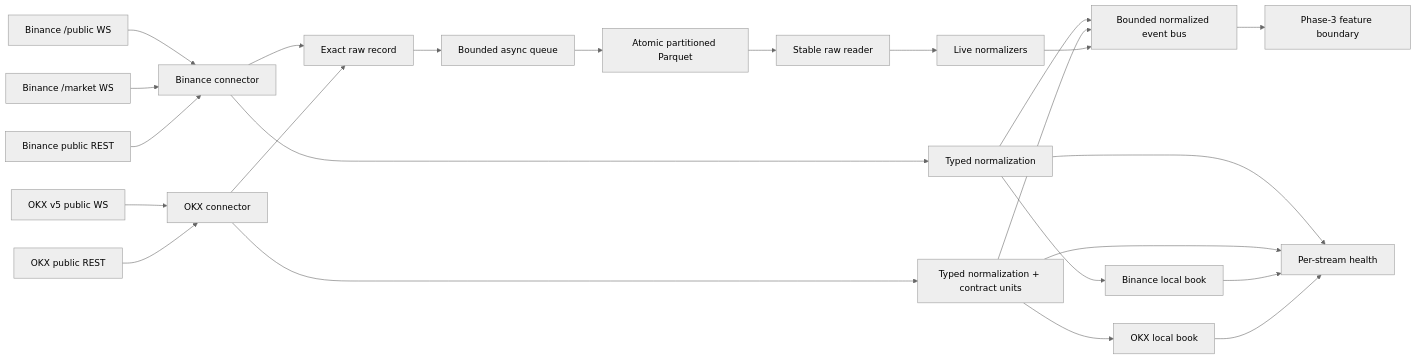
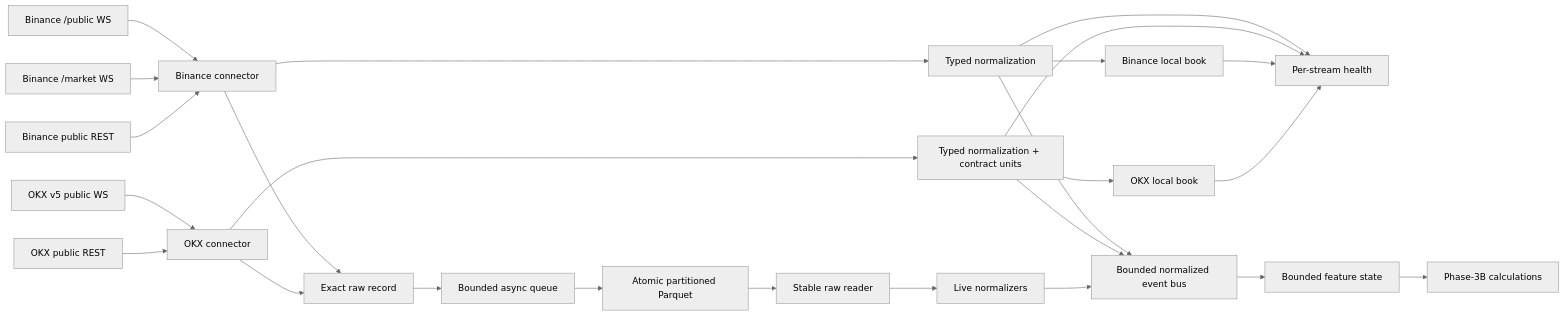
The diagram in docs/architecture.md (Gabrilekiwi/CVF-01), drawn with Mermaid (neutral theme) before and after one commit. The commit also changed other lines of this file and 15 other files, not shown here.

Commit message:
feat: add phase 3a bounded feature state

````diff
--- a/docs/architecture.md
+++ b/docs/architecture.md
@@ -24,26 +25,27 @@
 ```mermaid
 flowchart LR
     BW["Binance /public WS"] --> BC["Binance connector"]
     BM["Binance /market WS"] --> BC
     BR["Binance public REST"] --> BC
     OW["OKX v5 public WS"] --> OC["OKX connector"]
     OR["OKX public REST"] --> OC
     BC --> RAW["Exact raw record"]
     OC --> RAW
     RAW --> Q["Bounded async queue"]
     Q --> PQ["Atomic partitioned Parquet"]
     BC --> BN["Typed normalization"]
     OC --> ON["Typed normalization + contract units"]
     BN --> BB["Binance local book"]
     ON --> OB["OKX local book"]
     BN --> H["Per-stream health"]
     ON --> H
     BB --> H
     OB --> H
     BN --> BUS["Bounded normalized event bus"]
     ON --> BUS
-    BUS --> NEXT["Phase-3 feature boundary"]
+    BUS --> STATE["Bounded feature state"]
+    STATE --> NEXT["Phase-3B calculations"]
     PQ --> RR["Stable raw reader"]
     RR --> RN["Live normalizers"]
     RN --> BUS
 ```
````
